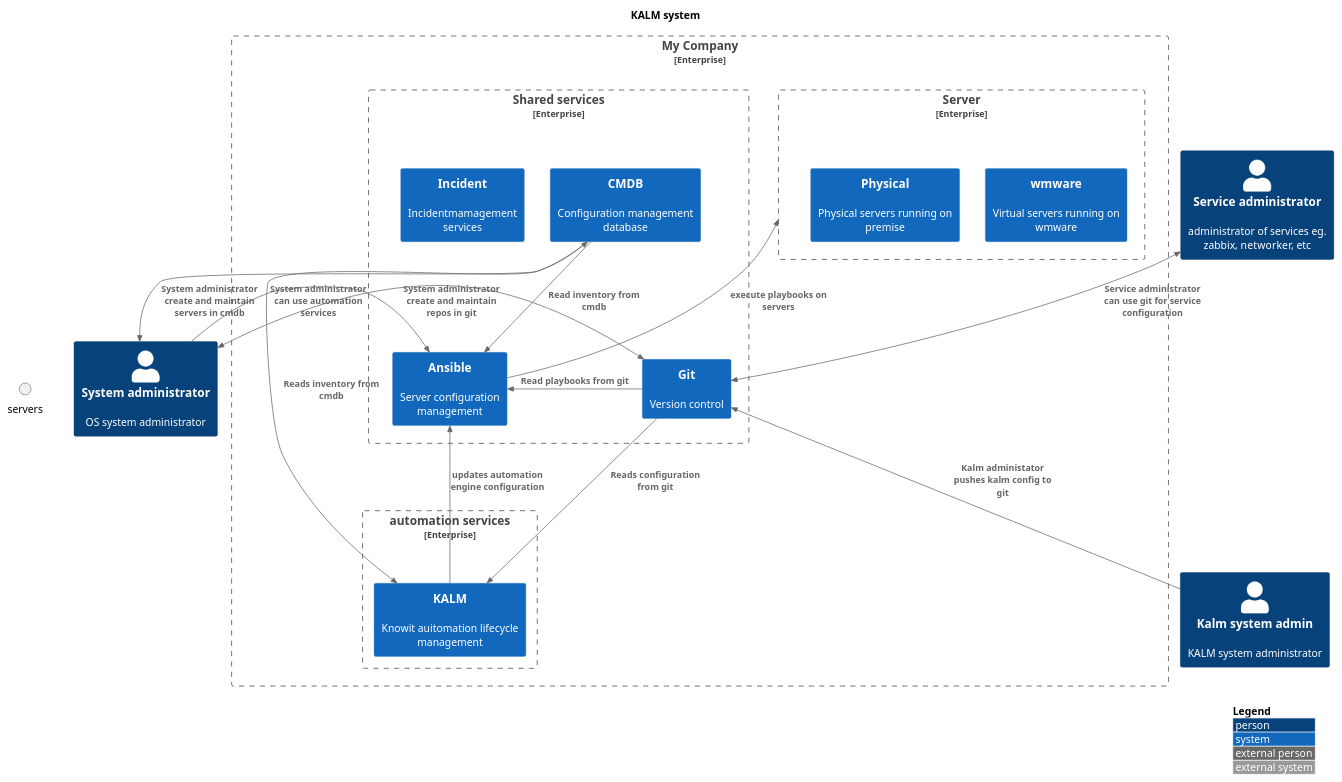
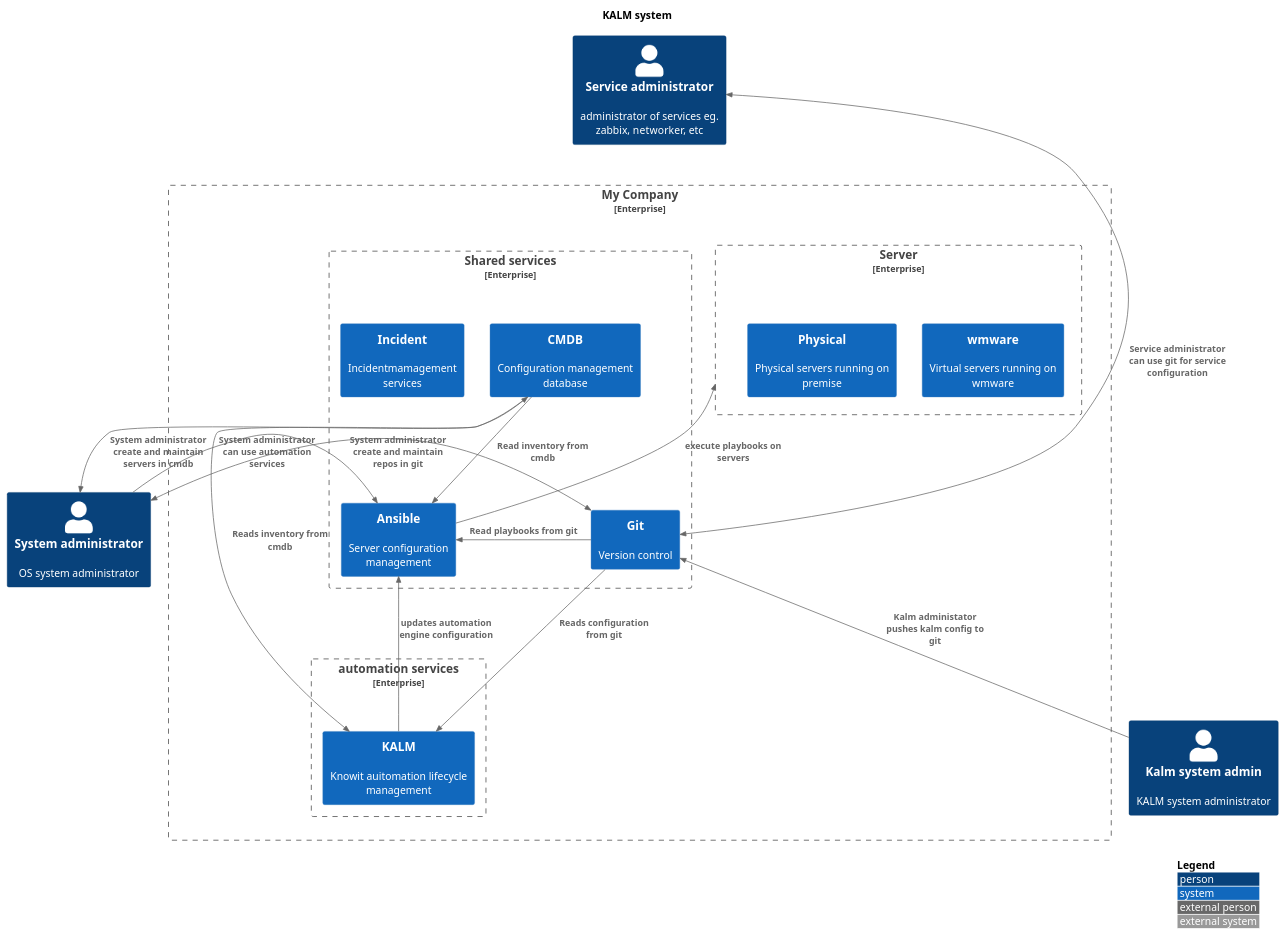
Before and after one commit to JakobHolstDK/infowall: the diagram in diagrams/kalm.puml, drawn with PlantUML.

Commit message:
no write

```diff
--- a/diagrams/kalm.puml
+++ b/diagrams/kalm.puml
@@ -1,65 +1,65 @@
 @startuml
 !include https://raw.githubusercontent.com/plantuml-stdlib/C4-PlantUML/master/C4_Context.puml
 
 ' uncomment the following line and comment the first to use locally
 ' !include C4_Context.puml
 
 LAYOUT_TOP_DOWN()
 'LAYOUT_AS_SKETCH()
 LAYOUT_WITH_LEGEND()
 
 
 title   KALM system
 
 Person(kalmadmin, "Kalm system admin", "KALM system administrator")
 Person(systemadmin, "System administrator", "OS system administrator")
 Person(serviceadmin, "Service administrator", "administrator of services eg. zabbix, networker, etc")
 
 
 Enterprise_Boundary(c0, "My Company", "My awesome organisation") {
 
 Enterprise_Boundary(c2, "Server ", "Virtuelle servere") {
     System(vmware, "wmware", "Virtual servers running on wmware")
     System(physicalservers, "Physical", "Physical servers running on premise")
 }
 
 Enterprise_Boundary(c3, "Shared services", "Shared services in the organisation") {
     System(cmdb, "CMDB", "Configuration management database")
     System(automation, "Ansible", "Server configuration management")
     System(git, "Git", "Version control")
     System(incident, "Incident", "Incidentmamagement services")
 }
 
 Enterprise_Boundary(c1, "automation services", "Automation services") {
     System(kalm, "KALM", "Knowit auitomation lifecycle management")
 }
 
 
 }
 
-Lay_U(servers,c3)
+Lay_D(serviceadmin,c0)
 
 
 Rel_Neighbor(git, automation, "Read playbooks from git")
 Rel_D(cmdb, automation, "Read inventory from cmdb")
 Rel_U(automation, c2 , "execute playbooks on servers")
 
 
 Rel_U(kalmadmin, git, "Kalm administator pushes kalm config to git")
 
 Rel_U(systemadmin, automation, "System administrator can use automation services")
 BiRel_R(systemadmin, git, "System administrator create and maintain repos in git")
 BiRel_L(systemadmin, cmdb, "System administrator create and maintain servers in cmdb")
 BiRel_D(serviceadmin, git, "Service administrator can use git for service configuration")
 
 
 
 
 
 Rel_D(cmdb, kalm, "Reads inventory from cmdb")
 Rel_D(git, kalm, "Reads configuration from git")
 
 Rel_U(kalm, automation, "updates automation engine configuration")
 
 
 @enduml
```
